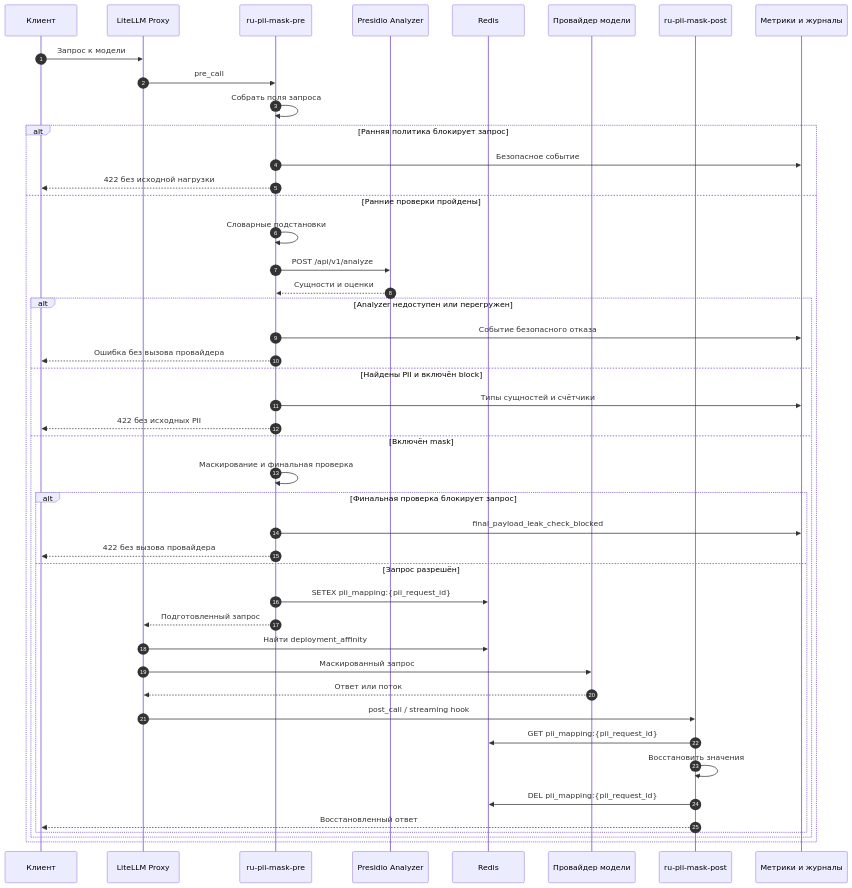
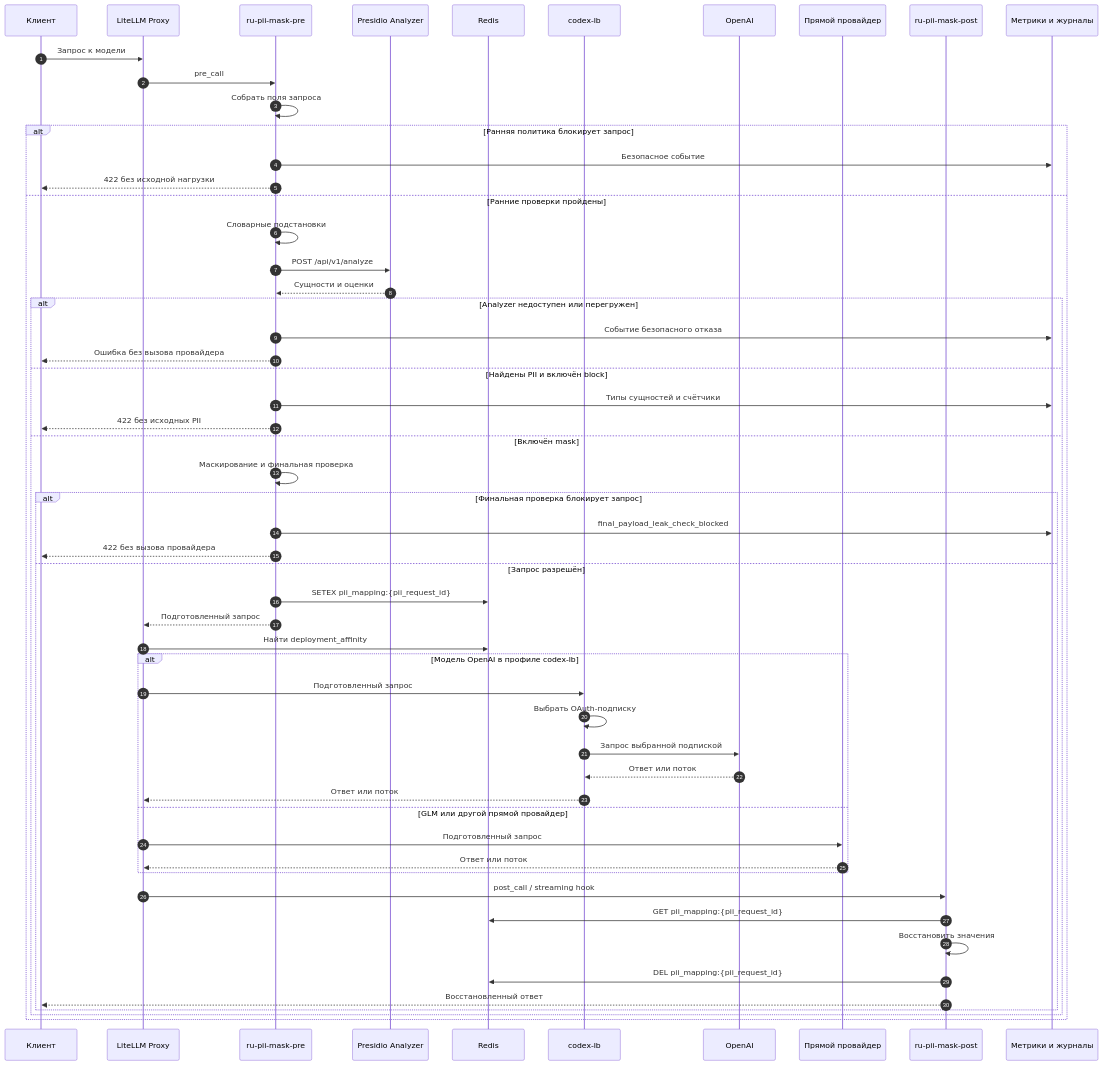
The second of 2 diagrams in docs/architecture.md (vovkins/ru-llm-proxy), drawn with Mermaid before and after one commit. The commit also changed other lines of this file and 13 other files, not shown here.

````diff
--- a/docs/architecture.md
+++ b/docs/architecture.md
@@ -73,50 +86,60 @@
 ```mermaid
 sequenceDiagram
     autonumber
     participant Client as Клиент
     participant LiteLLM as LiteLLM Proxy
     participant Pre as ru-pii-mask-pre
     participant Analyzer as Presidio Analyzer
     participant Redis as Redis
-    participant Provider as Провайдер модели
+    participant CodexLB as codex-lb
+    participant OpenAI as OpenAI
+    participant Provider as Прямой провайдер
     participant Post as ru-pii-mask-post
     participant Obs as Метрики и журналы
 
     Client->>LiteLLM: Запрос к модели
     LiteLLM->>Pre: pre_call
     Pre->>Pre: Собрать поля запроса
 
     alt Ранняя политика блокирует запрос
         Pre->>Obs: Безопасное событие
         Pre-->>Client: 422 без исходной нагрузки
     else Ранние проверки пройдены
         Pre->>Pre: Словарные подстановки
         Pre->>Analyzer: POST /api/v1/analyze
         Analyzer-->>Pre: Сущности и оценки
 
         alt Analyzer недоступен или перегружен
             Pre->>Obs: Событие безопасного отказа
             Pre-->>Client: Ошибка без вызова провайдера
         else Найдены PII и включён block
             Pre->>Obs: Типы сущностей и счётчики
             Pre-->>Client: 422 без исходных PII
         else Включён mask
             Pre->>Pre: Маскирование и финальная проверка
             alt Финальная проверка блокирует запрос
                 Pre->>Obs: final_payload_leak_check_blocked
                 Pre-->>Client: 422 без вызова провайдера
             else Запрос разрешён
                 Pre->>Redis: SETEX pii_mapping:{pii_request_id}
                 Pre-->>LiteLLM: Подготовленный запрос
                 LiteLLM->>Redis: Найти deployment_affinity
-                LiteLLM->>Provider: Маскированный запрос
-                Provider-->>LiteLLM: Ответ или поток
+                alt Модель OpenAI в профиле codex-lb
+                    LiteLLM->>CodexLB: Подготовленный запрос
+                    CodexLB->>CodexLB: Выбрать OAuth-подписку
+                    CodexLB->>OpenAI: Запрос выбранной подпиской
+                    OpenAI-->>CodexLB: Ответ или поток
+                    CodexLB-->>LiteLLM: Ответ или поток
+                else GLM или другой прямой провайдер
+                    LiteLLM->>Provider: Подготовленный запрос
+                    Provider-->>LiteLLM: Ответ или поток
+                end
                 LiteLLM->>Post: post_call / streaming hook
                 Post->>Redis: GET pii_mapping:{pii_request_id}
                 Post->>Post: Восстановить значения
                 Post->>Redis: DEL pii_mapping:{pii_request_id}
                 Post-->>Client: Восстановленный ответ
             end
         end
     end
 ```
````
